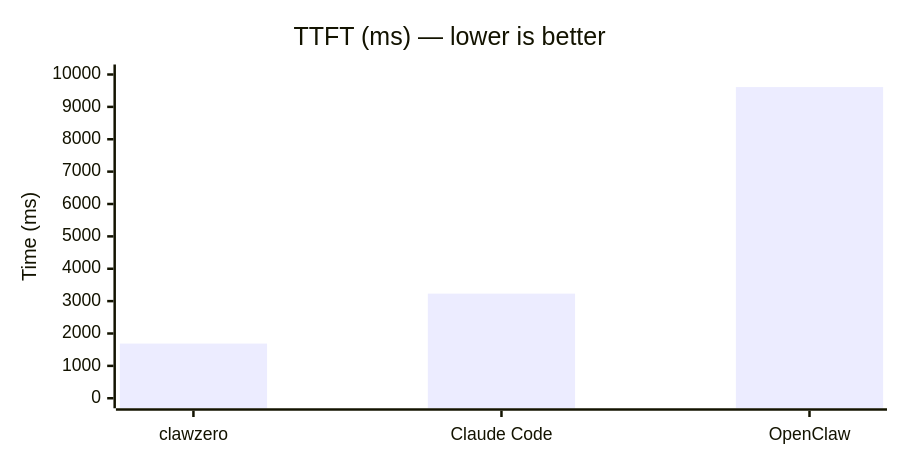
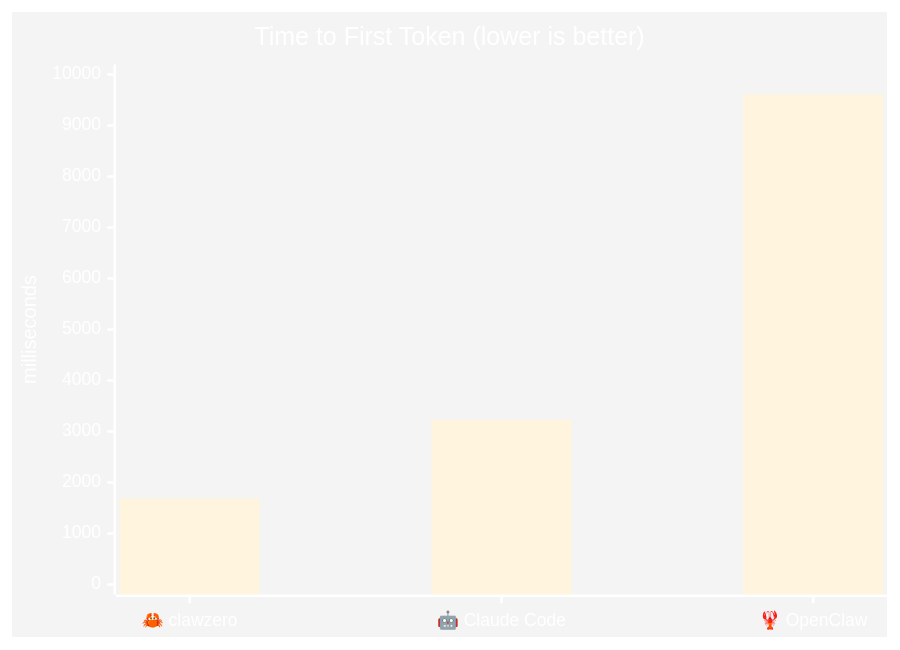
One commit to betta-lab/clawzero changed the third of 4 diagrams in README.md. Above: the diagram before and after it, drawn with Mermaid. The commit also changed other lines of this file and 1 other file, not shown here.

````diff
--- a/README.md
+++ b/README.md
@@ -67,16 +55,8 @@
 ```mermaid
----
-config:
-    xyChart:
-        width: 700
-        height: 350
-    themeVariables:
-        xyChart:
-            backgroundColor: transparent
----
+%%{init: {'theme':'base', 'themeVariables': { 'primaryColor':'#10b981', 'primaryTextColor':'#fff', 'primaryBorderColor':'#059669', 'lineColor':'#6366f1', 'secondaryColor':'#ec4899', 'tertiaryColor':'#f59e0b'}}}%%
 xychart-beta
-    title "TTFT (ms) — lower is better"
-    x-axis ["clawzero", "Claude Code", "OpenClaw"]
-    y-axis "Time (ms)" 0 --> 10000
+    title "Time to First Token (lower is better)"
+    x-axis ["🦀 clawzero", "🤖 Claude Code", "🦞 OpenClaw"]
+    y-axis "milliseconds" 0 --> 10000
     bar [1689, 3232, 9611]
 ```
````
